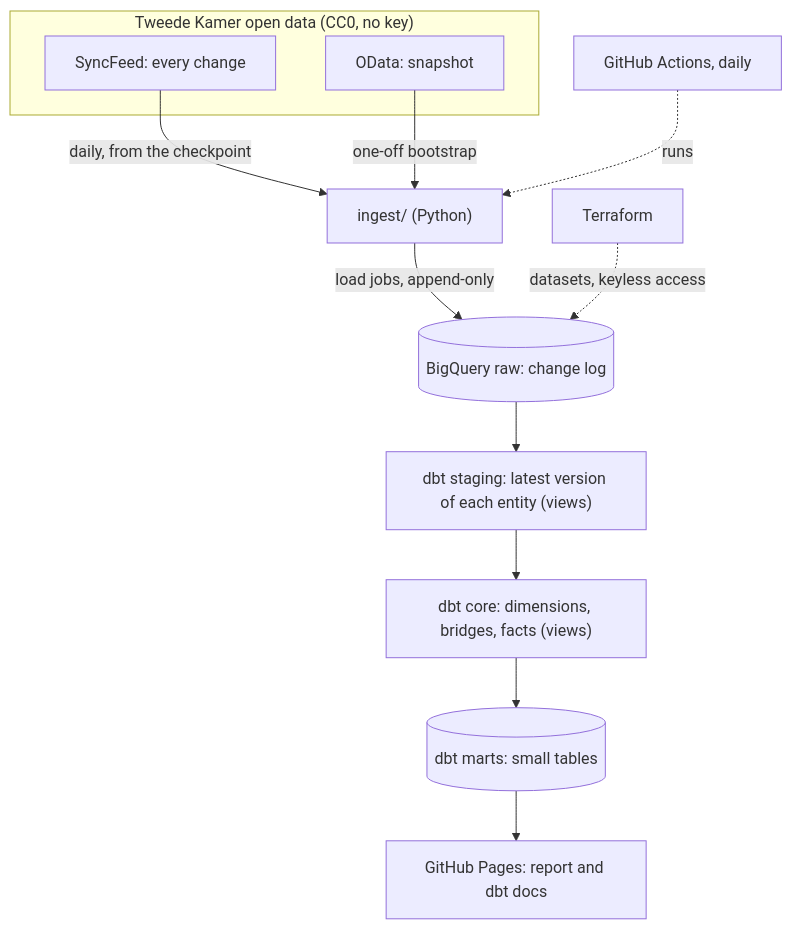
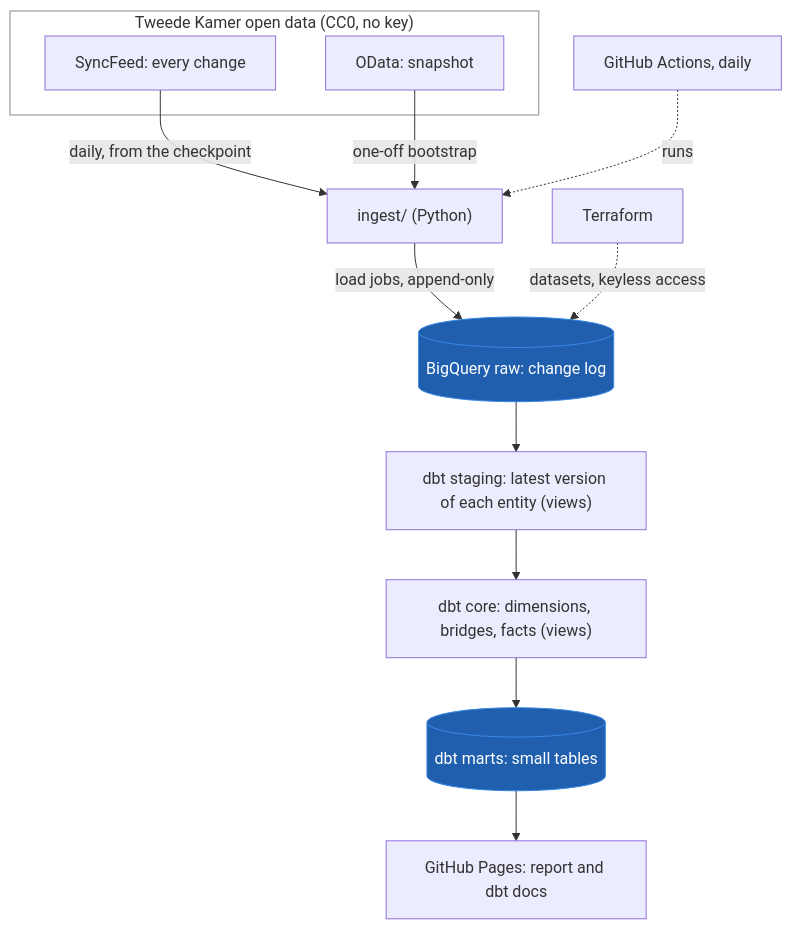
Before and after one commit to kaeldrin-gh/nl-parliament-warehouse: the diagram in README.md, drawn with Mermaid.

Commit message:
Give the diagram colors that read in light and dark themes

````diff
--- a/README.md
+++ b/README.md
@@ -35,16 +35,19 @@
 ```mermaid
 flowchart TB
     subgraph source["Tweede Kamer open data (CC0, no key)"]
         F["SyncFeed: every change"]
         O["OData: snapshot"]
     end
     F -->|"daily, from the checkpoint"| L["ingest/ (Python)"]
     O -->|"one-off bootstrap"| L
     L -->|"load jobs, append-only"| R[("BigQuery raw: change log")]
     R --> S["dbt staging: latest version of each entity (views)"]
     S --> C["dbt core: dimensions, bridges, facts (views)"]
     C --> M[("dbt marts: small tables")]
     M --> P["GitHub Pages: report and dbt docs"]
     A["GitHub Actions, daily"] -. runs .-> L
     T["Terraform"] -. "datasets, keyless access" .-> R
+    classDef store fill:#1f5fae,stroke:#3987e5,color:#ffffff
+    class R,M store
+    style source fill:none,stroke:#898781
 ```
````
